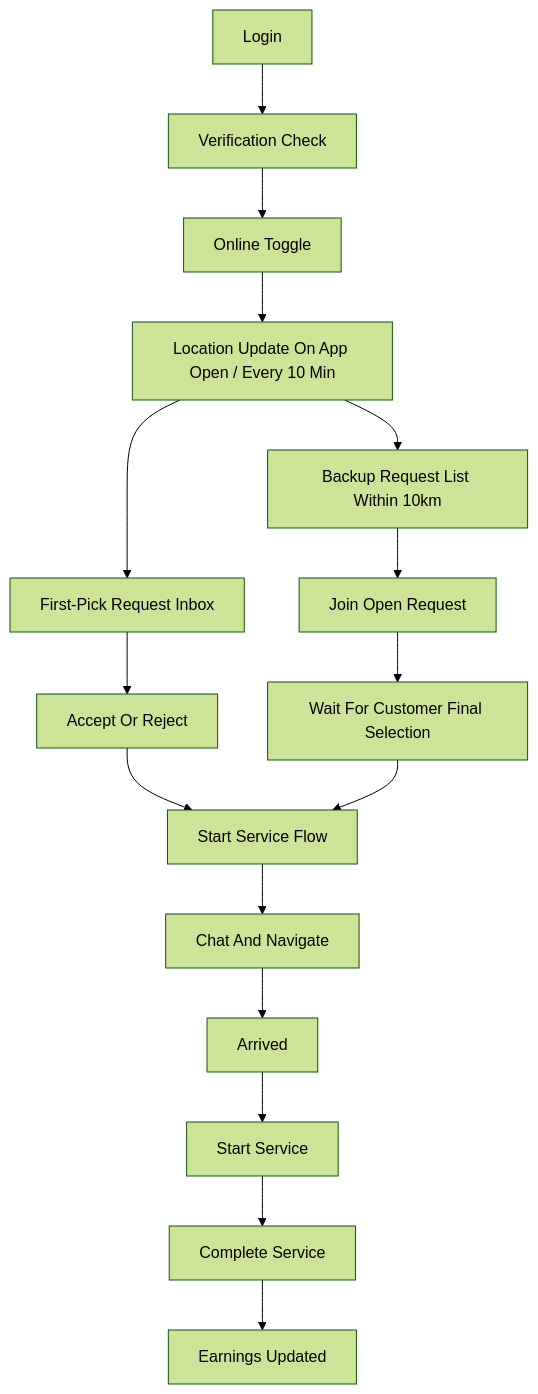
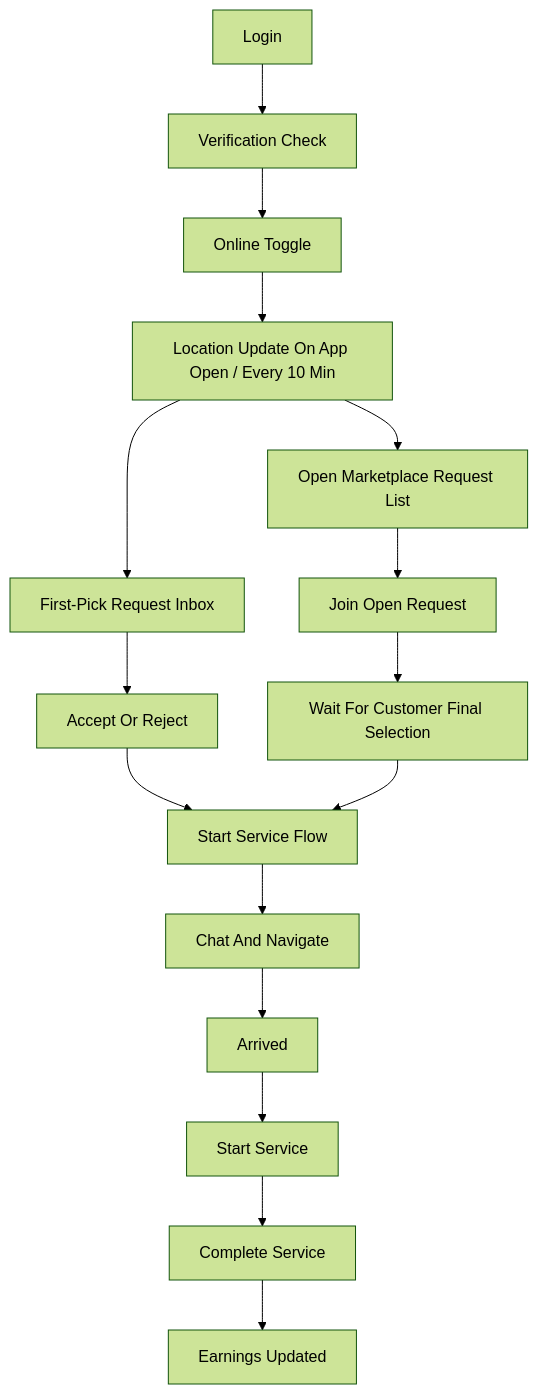
The third of 3 diagrams in docs/flows/ux-flow-map.md (hands-platform/hands-app), drawn with Mermaid (forest theme) before and after one commit. The commit also changed other lines of this file and 6 other files, not shown here.

````diff
--- a/docs/flows/ux-flow-map.md
+++ b/docs/flows/ux-flow-map.md
@@ -76,18 +76,18 @@
 ```mermaid
 flowchart TD
   A["Login"] --> B["Verification Check"]
   B --> C["Online Toggle"]
   C --> D["Location Update On App Open / Every 10 Min"]
   D --> E["First-Pick Request Inbox"]
-  D --> F["Backup Request List Within 10km"]
+  D --> F["Open Marketplace Request List"]
   E --> G["Accept Or Reject"]
   F --> H["Join Open Request"]
   G --> I["Start Service Flow"]
   H --> J["Wait For Customer Final Selection"]
   J --> I
   I --> K["Chat And Navigate"]
   K --> L["Arrived"]
   L --> M["Start Service"]
   M --> N["Complete Service"]
   N --> O["Earnings Updated"]
 ```
````
